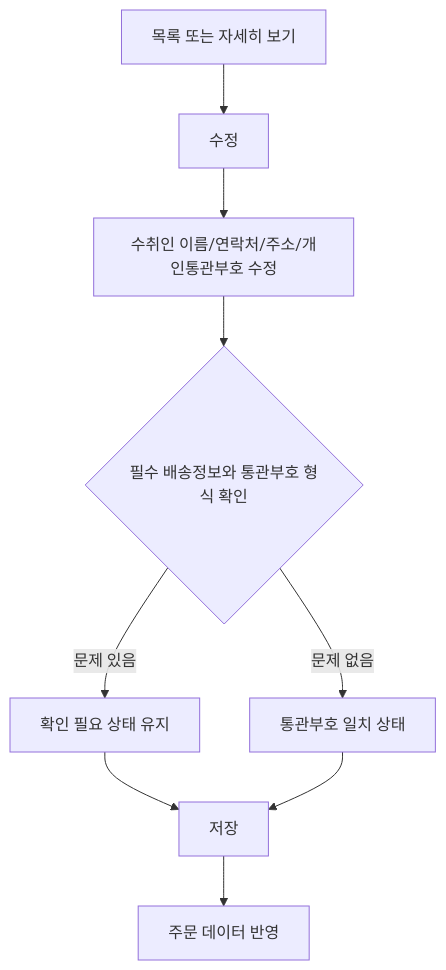
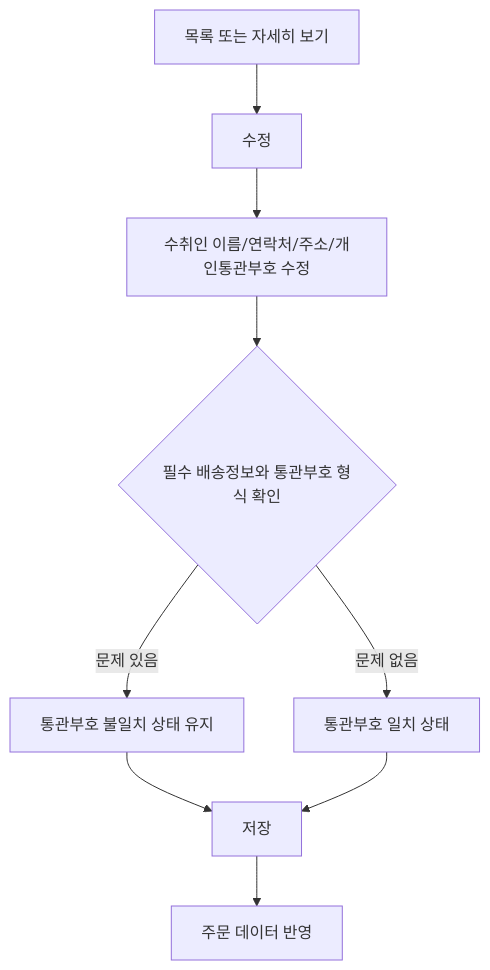
One commit to moonceo/Jmpp changed the sixth of 7 diagrams in docs/08_유저플로우/03_주문운영_보조흐름_유저플로우.md. Above: the diagram before and after it, drawn with Mermaid. The commit also changed other lines of this file and 19 other files, not shown here.

````diff
--- a/docs/08_유저플로우/03_주문운영_보조흐름_유저플로우.md
+++ b/docs/08_유저플로우/03_주문운영_보조흐름_유저플로우.md
@@ -81,11 +81,11 @@
 ```mermaid
 flowchart TD
     A["목록 또는 자세히 보기"] --> B["수정"]
     B --> C["수취인 이름/연락처/주소/개인통관부호 수정"]
     C --> D{"필수 배송정보와 통관부호 형식 확인"}
-    D -->|"문제 있음"| E["확인 필요 상태 유지"]
+    D -->|"문제 있음"| E["통관부호 불일치 상태 유지"]
     D -->|"문제 없음"| F["통관부호 일치 상태"]
     E --> G["저장"]
     F --> G
     G --> H["주문 데이터 반영"]
 ```
````
